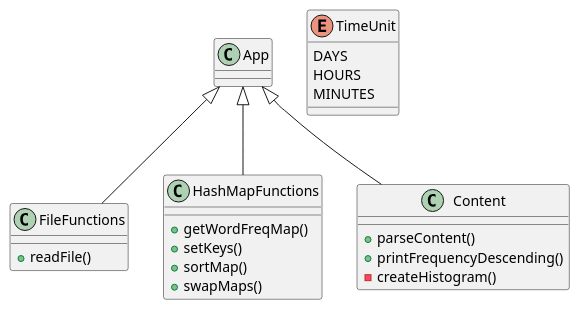
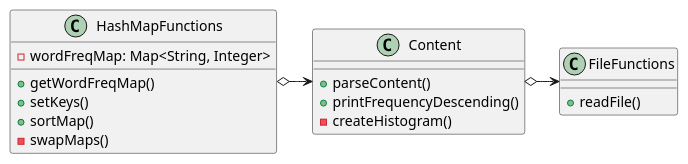
Before and after one commit to ivy-nguyen18/nguyen-cop3330-assignment3: the diagram in src/main/java/oop/assignment3/ex46/base/WordFrequencyFinder.puml, drawn with PlantUML. The commit also changed 10 other files, not shown here.

Commit message:
All plantUML updated

```diff
--- a/src/main/java/oop/assignment3/ex46/base/WordFrequencyFinder.puml
+++ b/src/main/java/oop/assignment3/ex46/base/WordFrequencyFinder.puml
@@ -1,32 +1,29 @@
 @startuml
 'https://plantuml.com/class-diagram
 
 
-App <|-- FileFunctions
-App <|-- HashMapFunctions
-App <|-- Content
+HashMapFunctions o-> Content
+Content o-> FileFunctions
+
 
 class FileFunctions {
-+ readFile()
+    + readFile()
 }
 
 class HashMapFunctions {
-+ getWordFreqMap()
-+ setKeys()
-+ sortMap()
-+ swapMaps()
+    - wordFreqMap: Map<String, Integer>
+
+    + getWordFreqMap()
+    + setKeys()
+    + sortMap()
+    - swapMaps()
 }
 
 class Content{
-+ parseContent()
-+ printFrequencyDescending()
-- createHistogram()
+    + parseContent()
+    + printFrequencyDescending()
+    - createHistogram()
 }
 
-enum TimeUnit {
-DAYS
-HOURS
-MINUTES
-}
 
 @enduml
```
